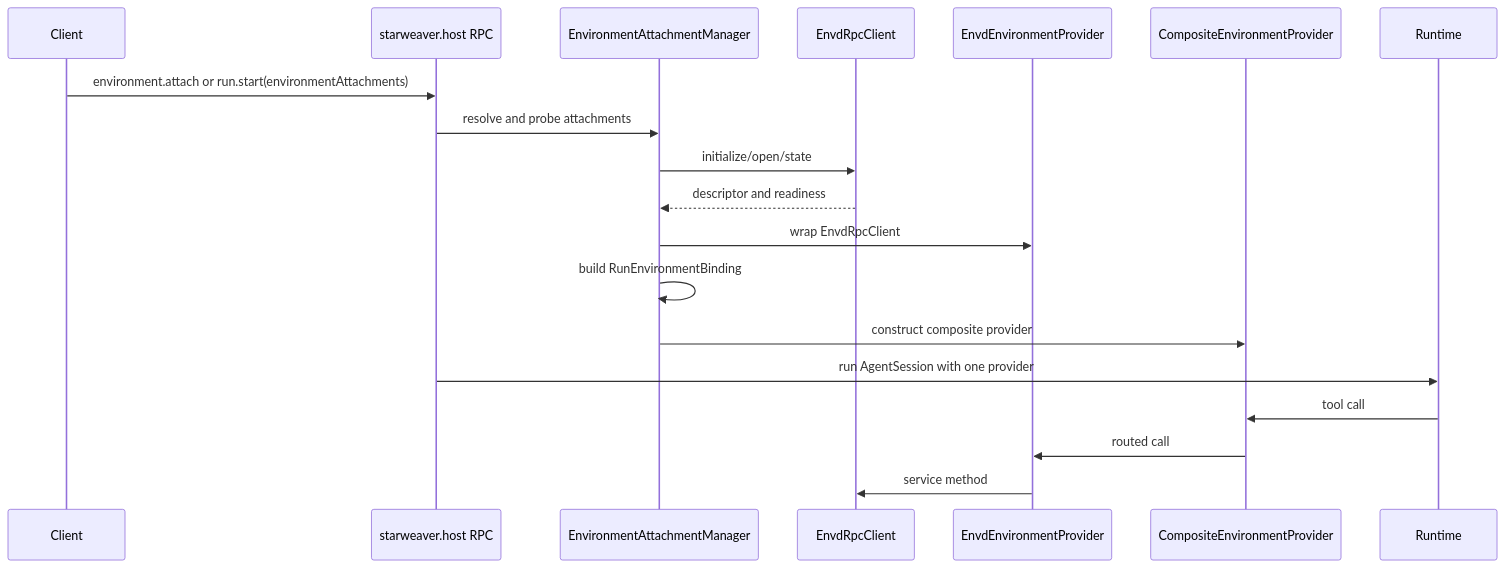
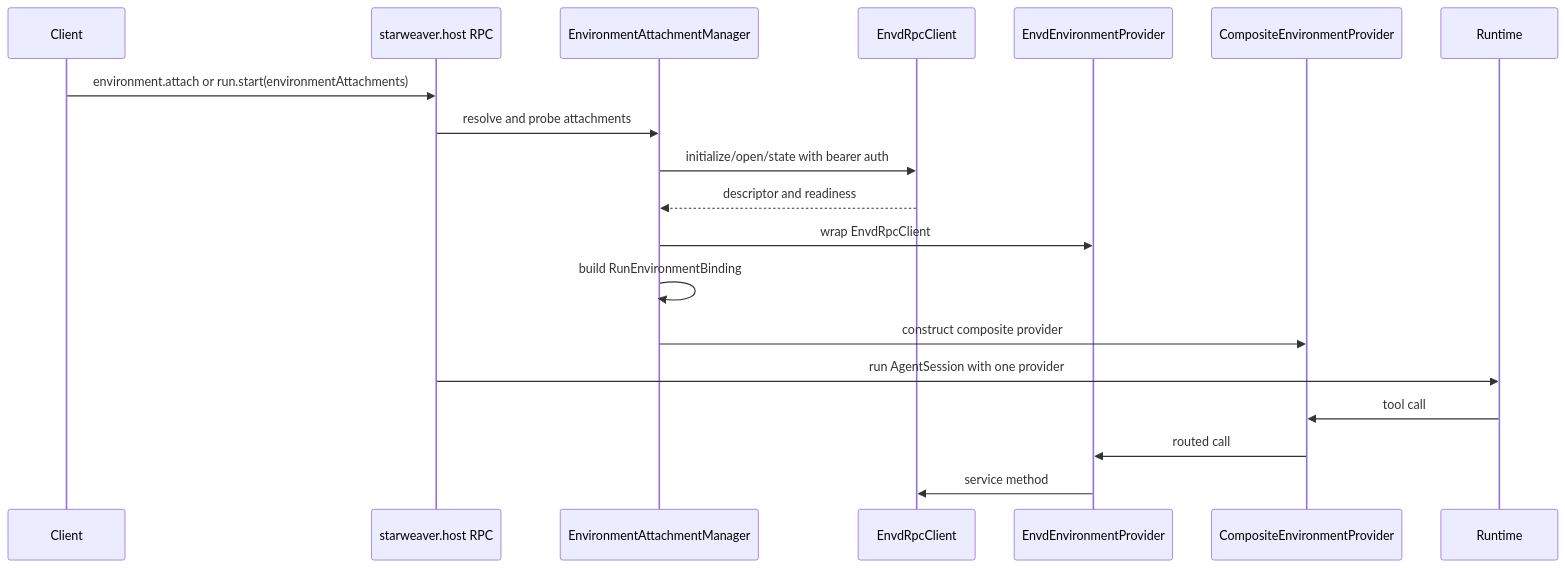
One commit to Wh1isper/starweaver changed the sixth of 7 diagrams in spec/environment/02-tool-binding-and-envd-adapter.md. Above: the diagram before and after it, drawn with Mermaid. The commit also changed other lines of this file and 19 other files, not shown here.

````diff
--- a/spec/environment/02-tool-binding-and-envd-adapter.md
+++ b/spec/environment/02-tool-binding-and-envd-adapter.md
@@ -260,22 +261,22 @@
 ```mermaid
 sequenceDiagram
     participant Client
     participant HostRPC as starweaver.host RPC
     participant Manager as EnvironmentAttachmentManager
     participant EnvdClient as EnvdRpcClient
     participant Provider as EnvdEnvironmentProvider
     participant Composite as CompositeEnvironmentProvider
     participant Runtime
 
     Client->>HostRPC: environment.attach or run.start(environmentAttachments)
     HostRPC->>Manager: resolve and probe attachments
-    Manager->>EnvdClient: initialize/open/state
+    Manager->>EnvdClient: initialize/open/state with bearer auth
     EnvdClient-->>Manager: descriptor and readiness
     Manager->>Provider: wrap EnvdRpcClient
     Manager->>Manager: build RunEnvironmentBinding
     Manager->>Composite: construct composite provider
     HostRPC->>Runtime: run AgentSession with one provider
     Runtime->>Composite: tool call
     Composite->>Provider: routed call
     Provider->>EnvdClient: service method
 ```
````
